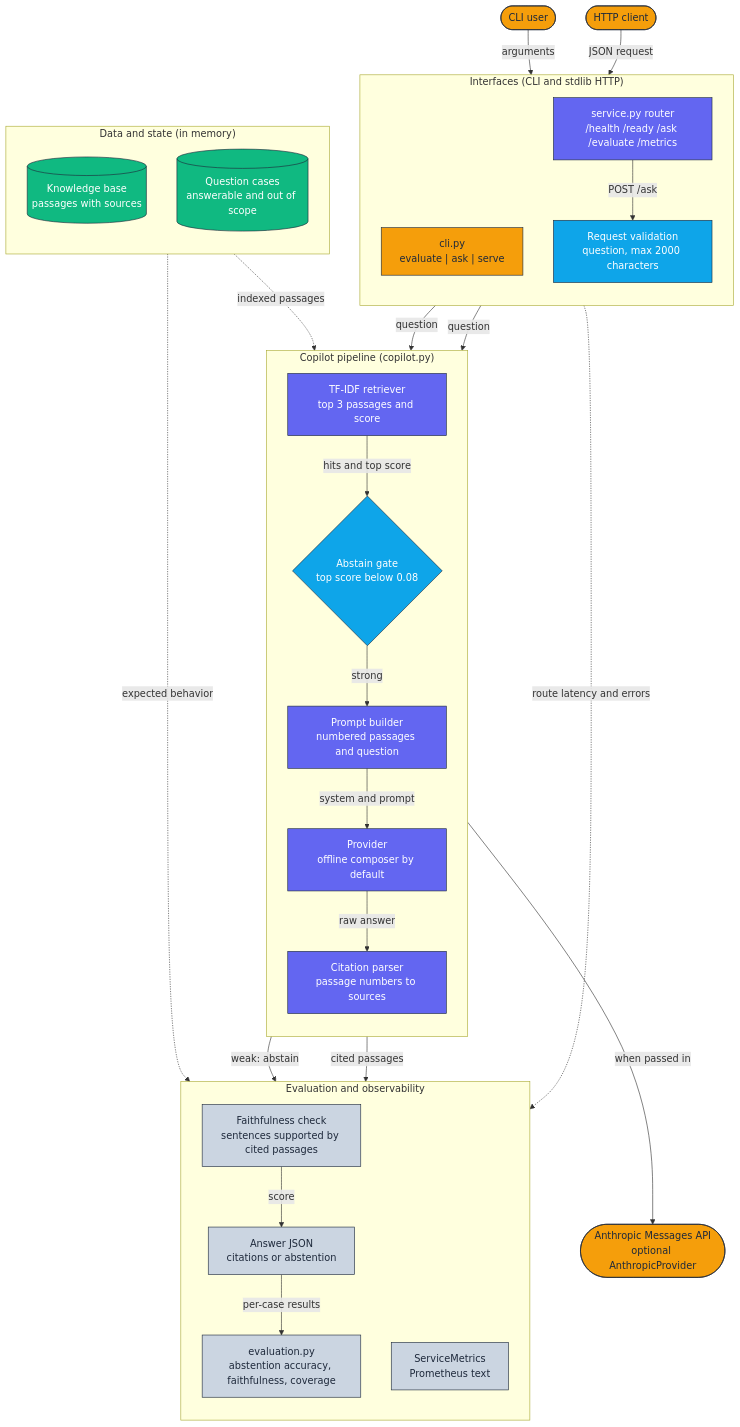
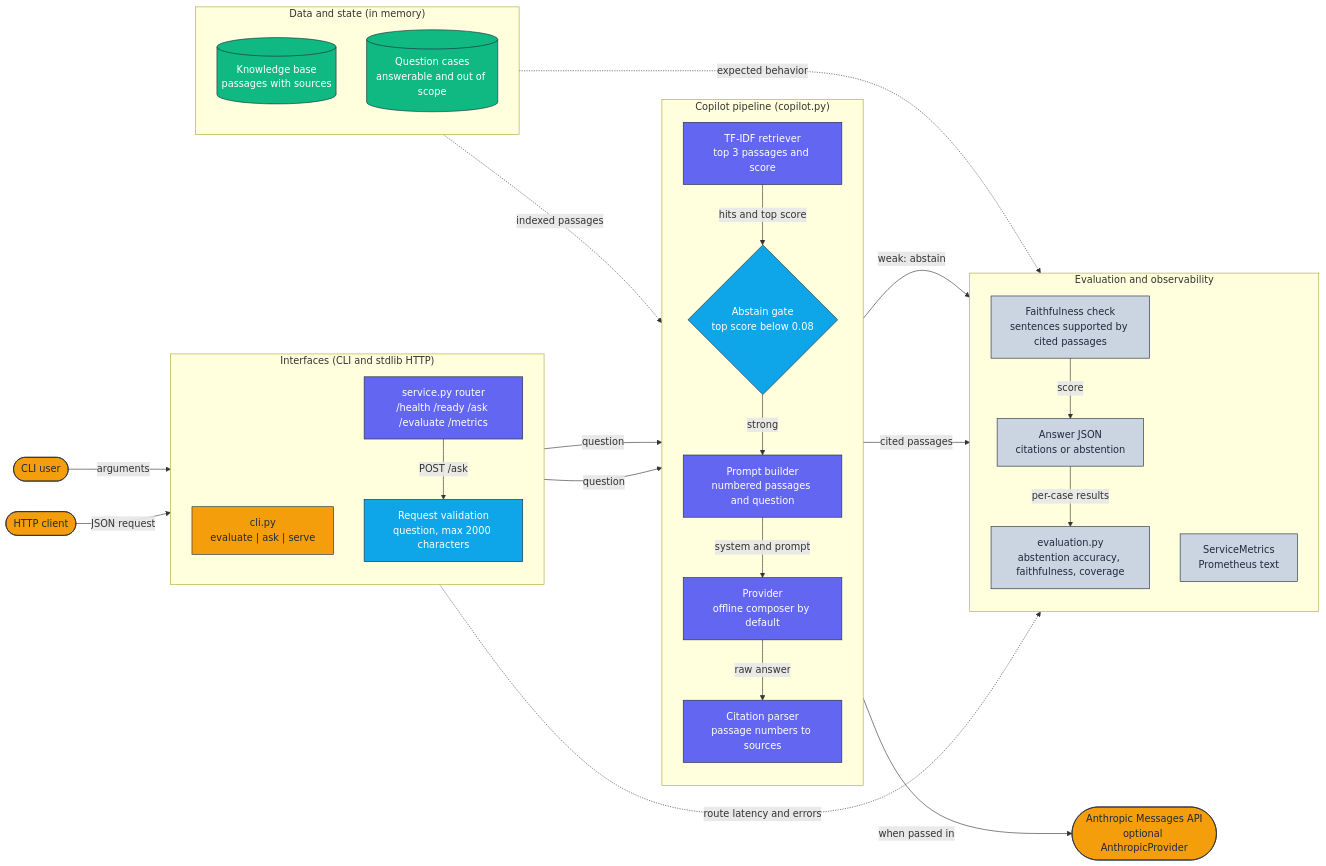
One commit to adeoluo/grounded-copilot changed the diagram in docs/architecture/architecture.mmd. Above: the diagram before and after it, drawn with Mermaid. The commit also changed 1 other file, not shown here.

Commit message:
docs: horizontal layered architecture diagram

```diff
--- a/docs/architecture/architecture.mmd
+++ b/docs/architecture/architecture.mmd
@@ -1,58 +1,58 @@
-flowchart TD
+flowchart LR
     classDef edge     fill:#F59E0B,stroke:#1E293B,color:#1E293B,stroke-width:1px;
     classDef core     fill:#6366F1,stroke:#1E293B,color:#ffffff,stroke-width:1px;
     classDef data     fill:#10B981,stroke:#1E293B,color:#ffffff,stroke-width:1px;
     classDef control  fill:#0EA5E9,stroke:#1E293B,color:#ffffff,stroke-width:1px;
     classDef obs      fill:#CBD5E1,stroke:#1E293B,color:#1E293B,stroke-width:1px;
 
     User([CLI user]):::edge
     Client([HTTP client]):::edge
     Claude([Anthropic Messages API<br/>optional AnthropicProvider]):::edge
 
     subgraph Interfaces["Interfaces (CLI and stdlib HTTP)"]
         direction TB
         CLI["cli.py<br/>evaluate | ask | serve"]:::edge
         Router["service.py router<br/>/health /ready /ask /evaluate /metrics"]:::core
         Validate["Request validation<br/>question, max 2000 characters"]:::control
     end
 
     subgraph Core["Copilot pipeline (copilot.py)"]
         direction TB
         Retrieve["TF-IDF retriever<br/>top 3 passages and score"]:::core
         Gate{"Abstain gate<br/>top score below 0.08"}:::control
         Prompt["Prompt builder<br/>numbered passages and question"]:::core
         Provider["Provider<br/>offline composer by default"]:::core
         Cite["Citation parser<br/>passage numbers to sources"]:::core
     end
 
     subgraph State["Data and state (in memory)"]
         direction TB
         KB[("Knowledge base<br/>passages with sources")]:::data
         Cases[("Question cases<br/>answerable and out of scope")]:::data
     end
 
     subgraph Obs["Evaluation and observability"]
         direction TB
         Faith["Faithfulness check<br/>sentences supported by cited passages"]:::obs
         Answer["Answer JSON<br/>citations or abstention"]:::obs
         Bench["evaluation.py<br/>abstention accuracy, faithfulness, coverage"]:::obs
         Metrics["ServiceMetrics<br/>Prometheus text"]:::obs
     end
 
     User -->|arguments| CLI
     Client -->|JSON request| Router
     Router -->|POST /ask| Validate
     Validate -->|question| Retrieve
     CLI -->|question| Retrieve
     KB -.->|indexed passages| Retrieve
     Retrieve -->|hits and top score| Gate
     Gate -->|weak: abstain| Answer
     Gate -->|strong| Prompt
     Prompt -->|system and prompt| Provider
     Provider -->|when passed in| Claude
     Provider -->|raw answer| Cite
     Cite -->|cited passages| Faith
     Faith -->|score| Answer
     Cases -.->|expected behavior| Bench
     Answer -->|per-case results| Bench
     Router -.->|route latency and errors| Metrics
```
